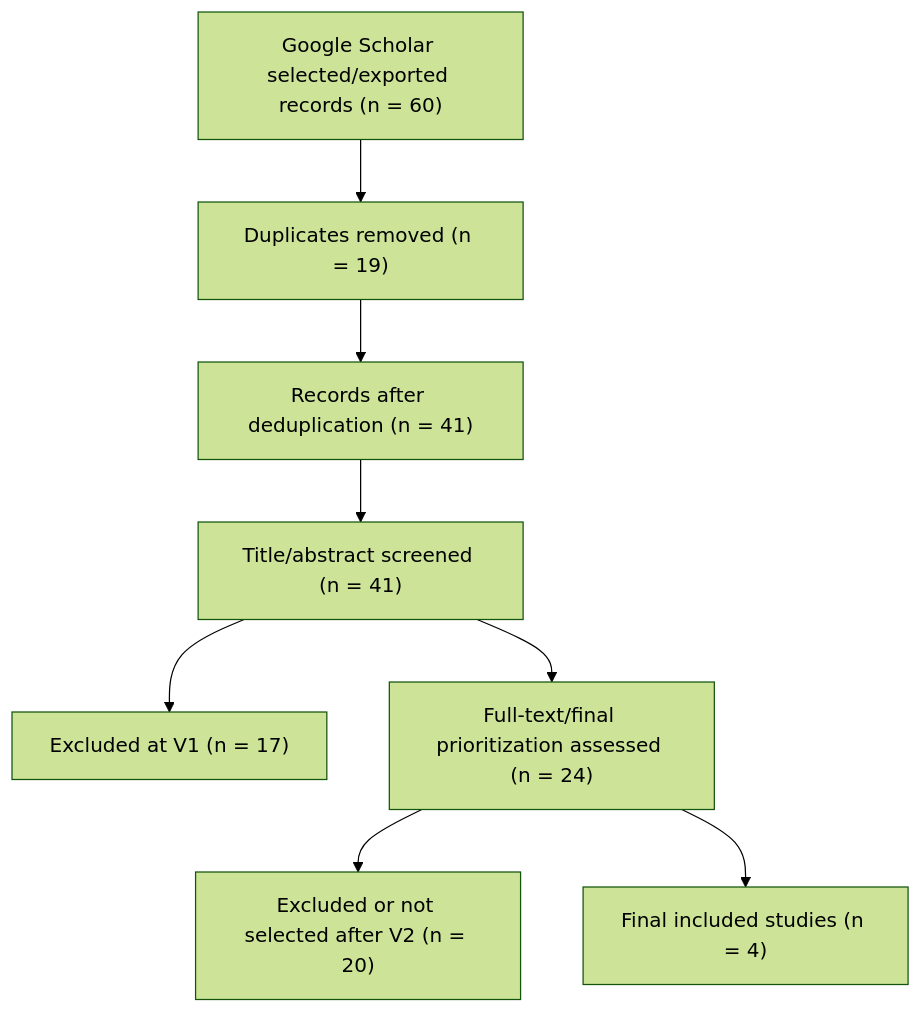
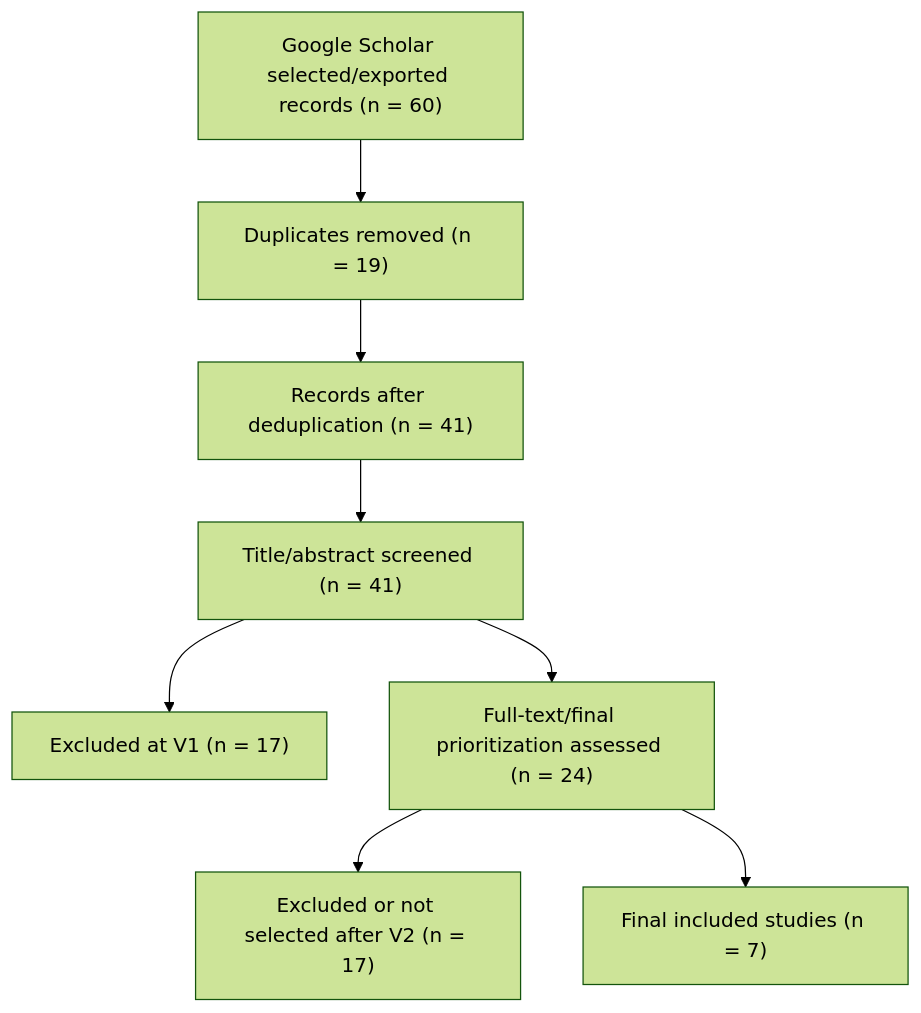
One commit to Khenggg/SE1944_LLM_Unit_Test_Generation changed the diagram in Khang/SLR/prisma-flow.md. Above: the diagram before and after it, drawn with Mermaid (forest theme). The commit also changed other lines of this file and 3 other files, not shown here.

Commit message:
Sync Khang's SLR and README files to reflect 7 final included papers

````diff
--- a/Khang/SLR/prisma-flow.md
+++ b/Khang/SLR/prisma-flow.md
@@ -37,10 +37,10 @@
 ```mermaid
 flowchart TD
     A["Google Scholar selected/exported records (n = 60)"] --> B["Duplicates removed (n = 19)"]
     B --> C["Records after deduplication (n = 41)"]
     C --> D["Title/abstract screened (n = 41)"]
     D --> E["Excluded at V1 (n = 17)"]
     D --> F["Full-text/final prioritization assessed (n = 24)"]
-    F --> G["Excluded or not selected after V2 (n = 20)"]
-    F --> H["Final included studies (n = 4)"]
+    F --> G["Excluded or not selected after V2 (n = 17)"]
+    F --> H["Final included studies (n = 7)"]
 ```
````
